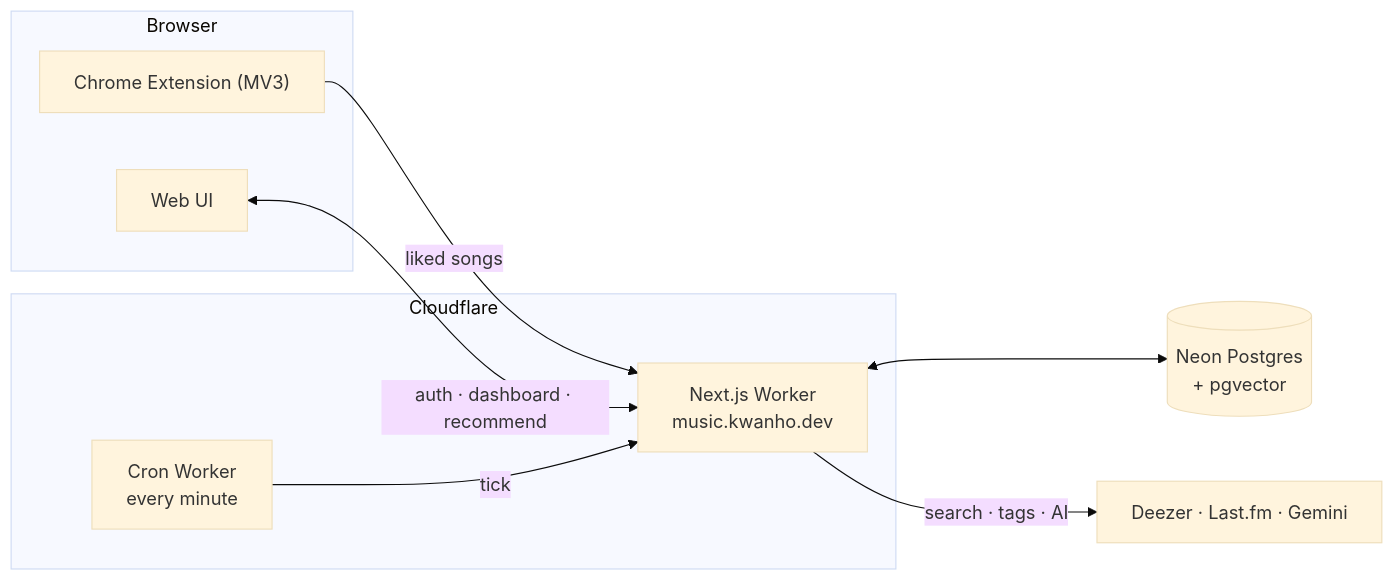
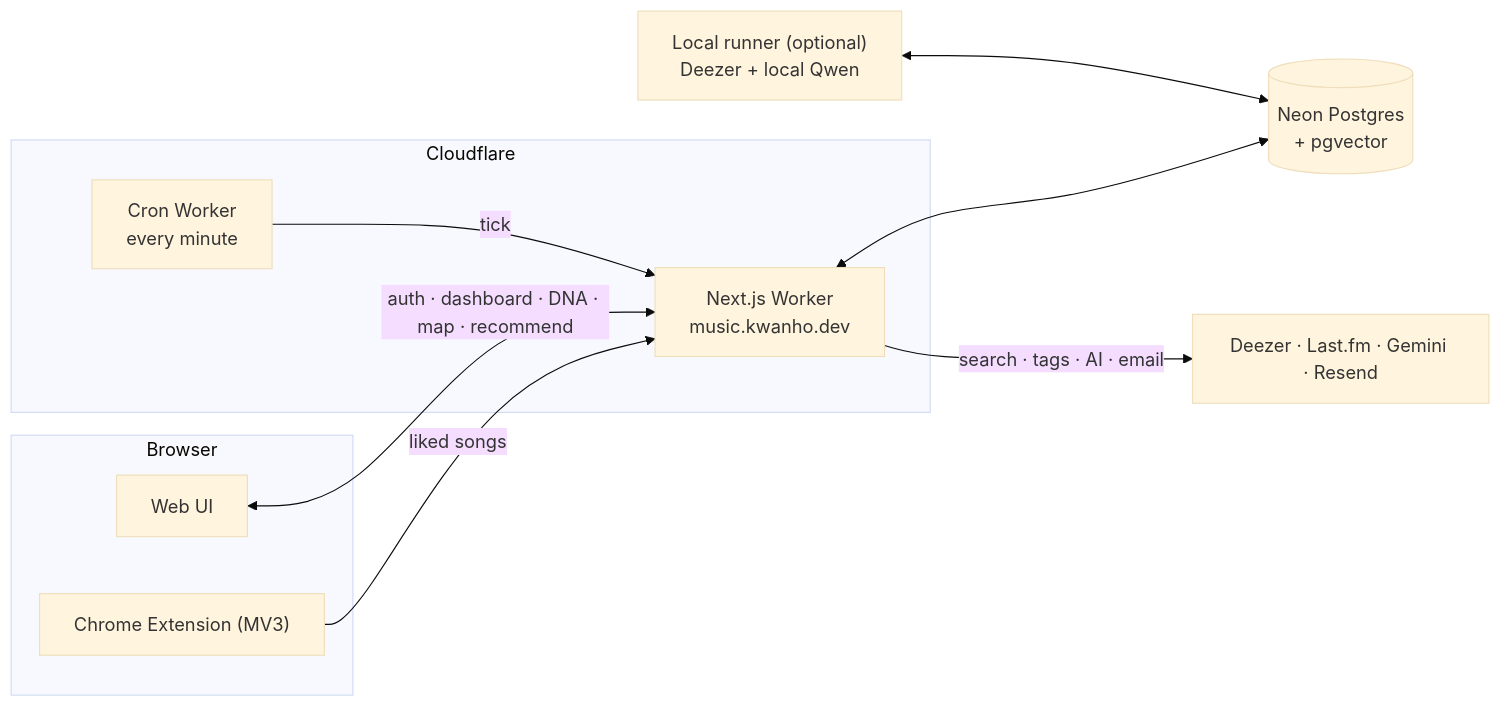
Before and after one commit to KKWANH/earprint: the first of 2 diagrams in README.md, drawn with Mermaid (base theme). The commit also changed other lines of this file and 47 other files, not shown here.

First line of the commit message:
Add 취향 DNA, interactive maps, recommendation modes, local analysis

````diff
--- a/README.md
+++ b/README.md
@@ -53,18 +52,20 @@
 ```mermaid
 flowchart LR
   subgraph Browser
     EXT["Chrome Extension (MV3)"]
     UI["Web UI"]
   end
   subgraph Cloudflare
     WEB["Next.js Worker<br/>music.kwanho.dev"]
     CRON["Cron Worker<br/>every minute"]
   end
   DB[("Neon Postgres<br/>+ pgvector")]
-  API["Deezer · Last.fm · Gemini"]
+  LOCAL["Local runner (optional)<br/>Deezer + local Qwen"]
+  API["Deezer · Last.fm · Gemini · Resend"]
   EXT -- "liked songs" --> WEB
-  UI <-- "auth · dashboard · recommend" --> WEB
+  UI <-- "auth · dashboard · DNA · map · recommend" --> WEB
   CRON -- "tick" --> WEB
   WEB <--> DB
-  WEB -- "search · tags · AI" --> API
+  LOCAL <--> DB
+  WEB -- "search · tags · AI · email" --> API
 ```
````
